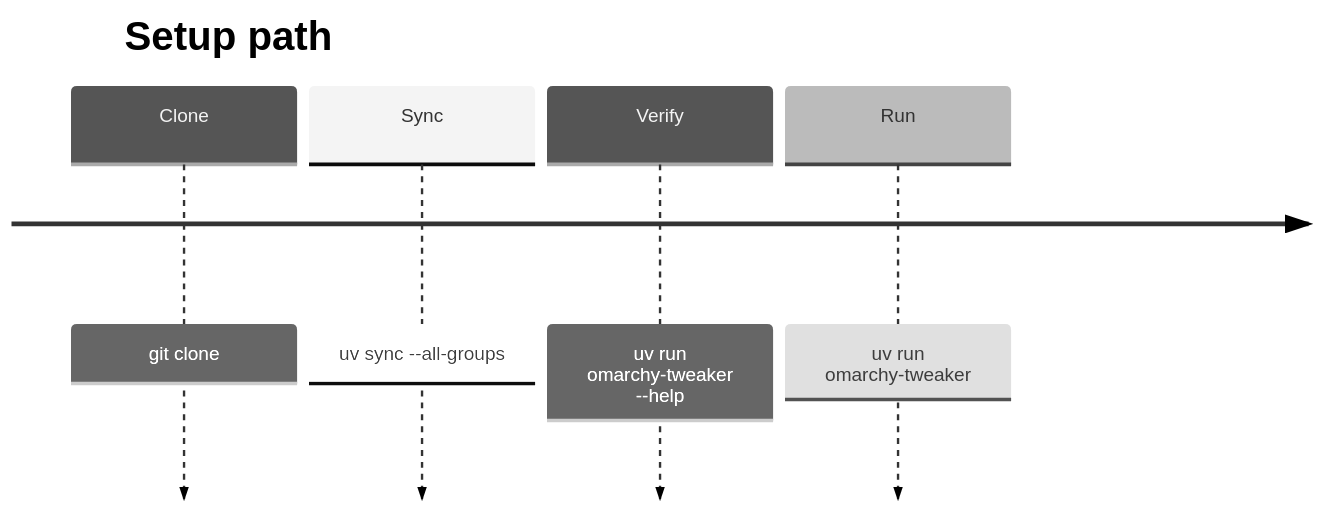
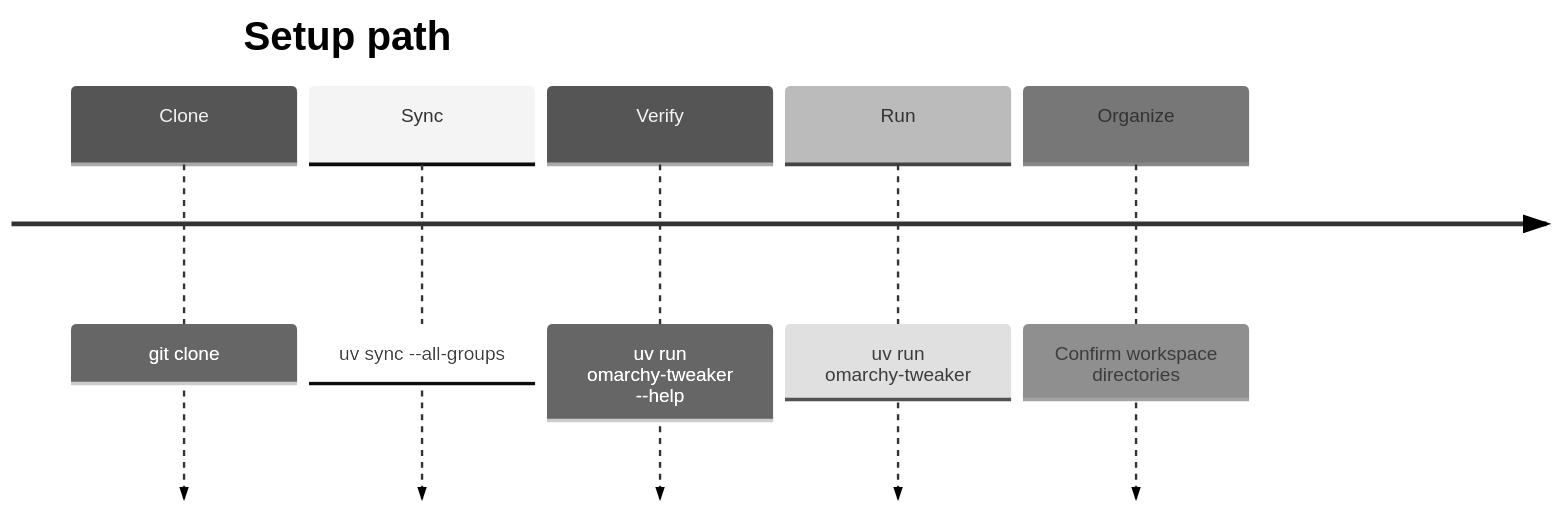
One commit to Armoghans-Organization/Omarchy-Tweaker changed the first of 2 diagrams in docs/getting-started.md. Above: the diagram before and after it, drawn with Mermaid (neutral theme). The commit also changed other lines of this file and 16 other files, not shown here.

````diff
--- a/docs/getting-started.md
+++ b/docs/getting-started.md
@@ -71,8 +72,9 @@
 ```mermaid
 timeline
     title Setup path
     Clone : git clone
     Sync : uv sync --all-groups
     Verify : uv run omarchy-tweaker --help
     Run : uv run omarchy-tweaker
+    Organize : Confirm workspace directories
 ```
````
